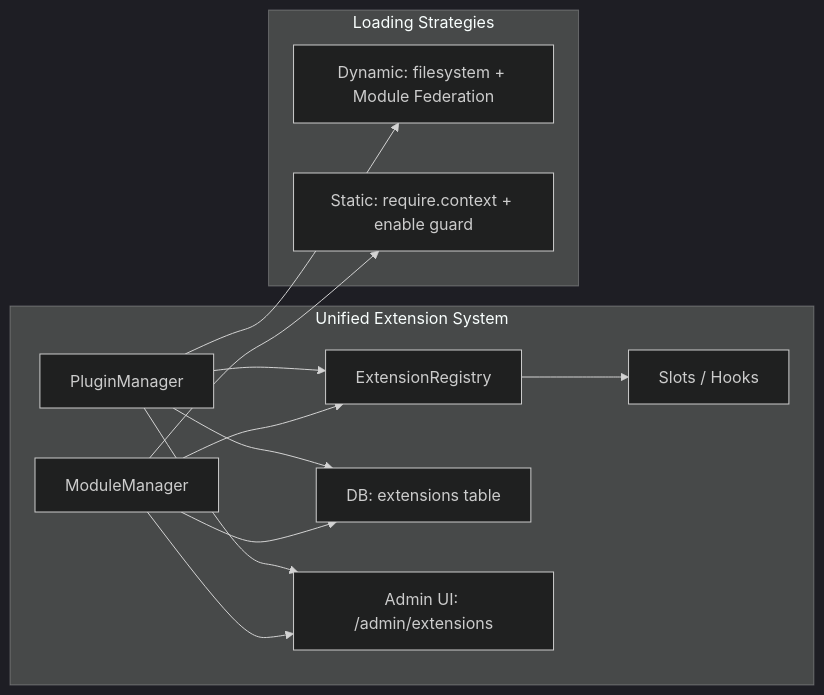
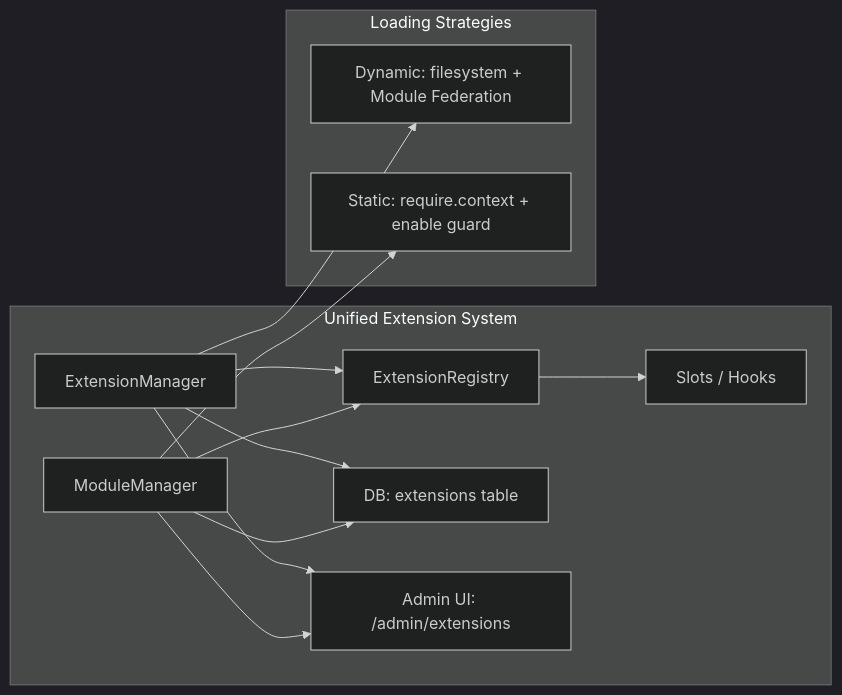
The second of 2 diagrams in module_plug_and_play_solution.md (xuanhoa88/xnapify), drawn with Mermaid (dark theme) before and after one commit. The commit also changed other lines of this file and 151 other files, not shown here.

Commit message:
refactor: Migrate plugin architecture to extensions, update API routes and services, and add Jest configuration.

````diff
--- a/module_plug_and_play_solution.md
+++ b/module_plug_and_play_solution.md
@@ -32,19 +32,19 @@
 ```mermaid
 graph LR
     subgraph "Unified Extension System"
         R[ExtensionRegistry] --> S[Slots / Hooks]
-        PM[PluginManager] --> R
+        PM[ExtensionManager] --> R
         MM[ModuleManager] --> R
 
         PM --> PDB[DB: extensions table]
         MM --> PDB
 
         PM --> UI[Admin UI: /admin/extensions]
         MM --> UI
     end
 
     subgraph "Loading Strategies"
         PM --> L1["Dynamic: filesystem + Module Federation"]
         MM --> L2["Static: require.context + enable guard"]
     end
 ```
````
